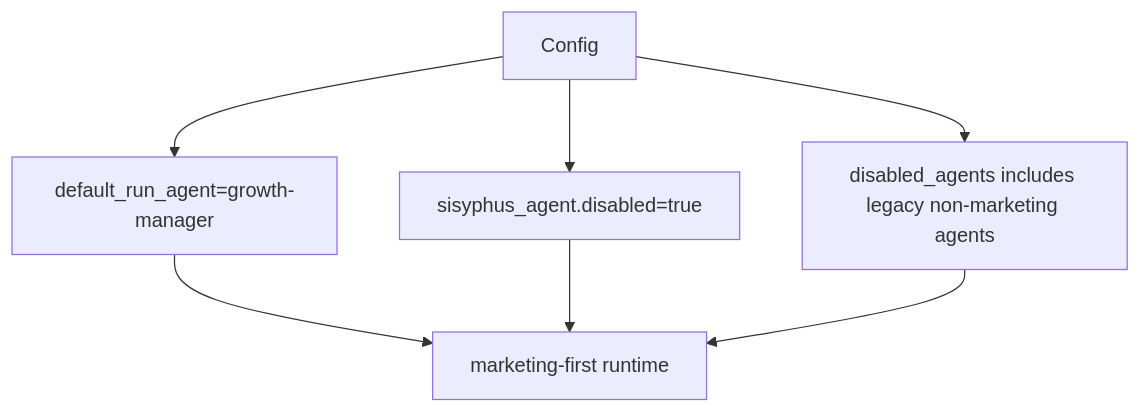
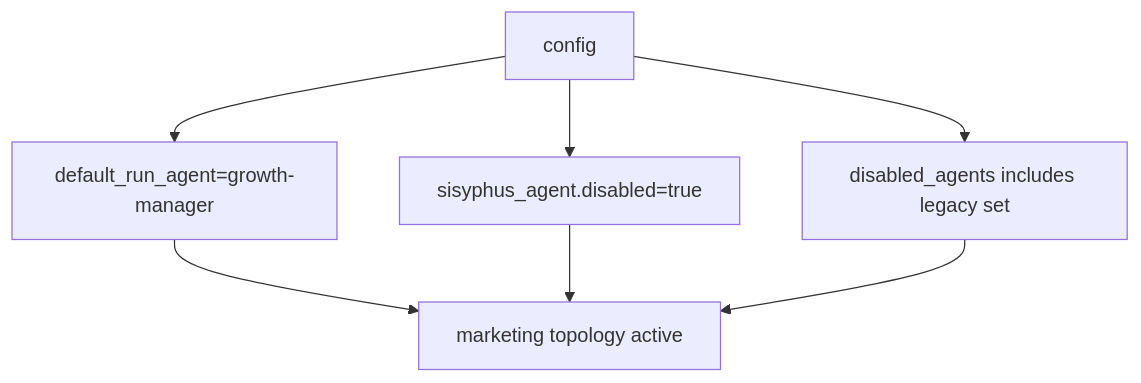
The second of 4 diagrams in docs/configurations.md (bravohenry/ohmymkt), drawn with Mermaid before and after one commit. The commit also changed other lines of this file and 7 other files, not shown here.

````diff
--- a/docs/configurations.md
+++ b/docs/configurations.md
@@ -50,9 +294,9 @@
 ```mermaid
 flowchart TB
-    C["Config"] --> A1["default_run_agent=growth-manager"]
-    C --> A2["sisyphus_agent.disabled=true"]
-    C --> A3["disabled_agents includes legacy non-marketing agents"]
-    A1 --> E["marketing-first runtime"]
-    A2 --> E
-    A3 --> E
+    C["config"] --> A["default_run_agent=growth-manager"]
+    C --> B["sisyphus_agent.disabled=true"]
+    C --> D["disabled_agents includes legacy set"]
+    A --> E["marketing topology active"]
+    B --> E
+    D --> E
 ```
````
